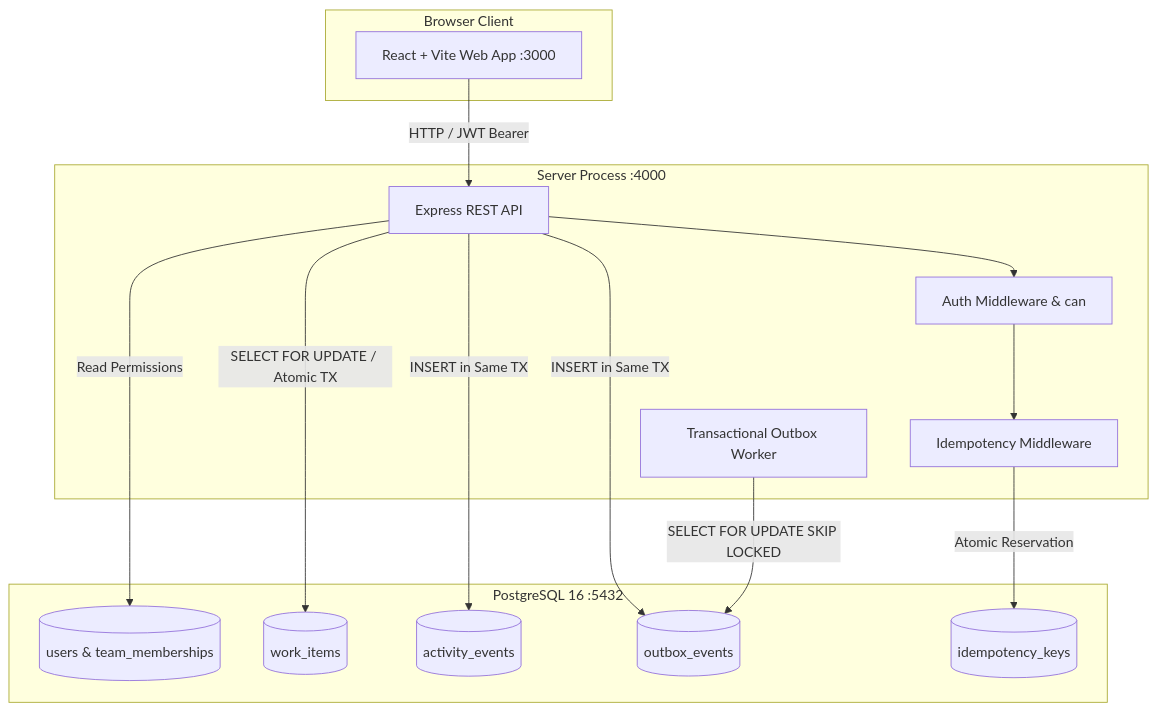
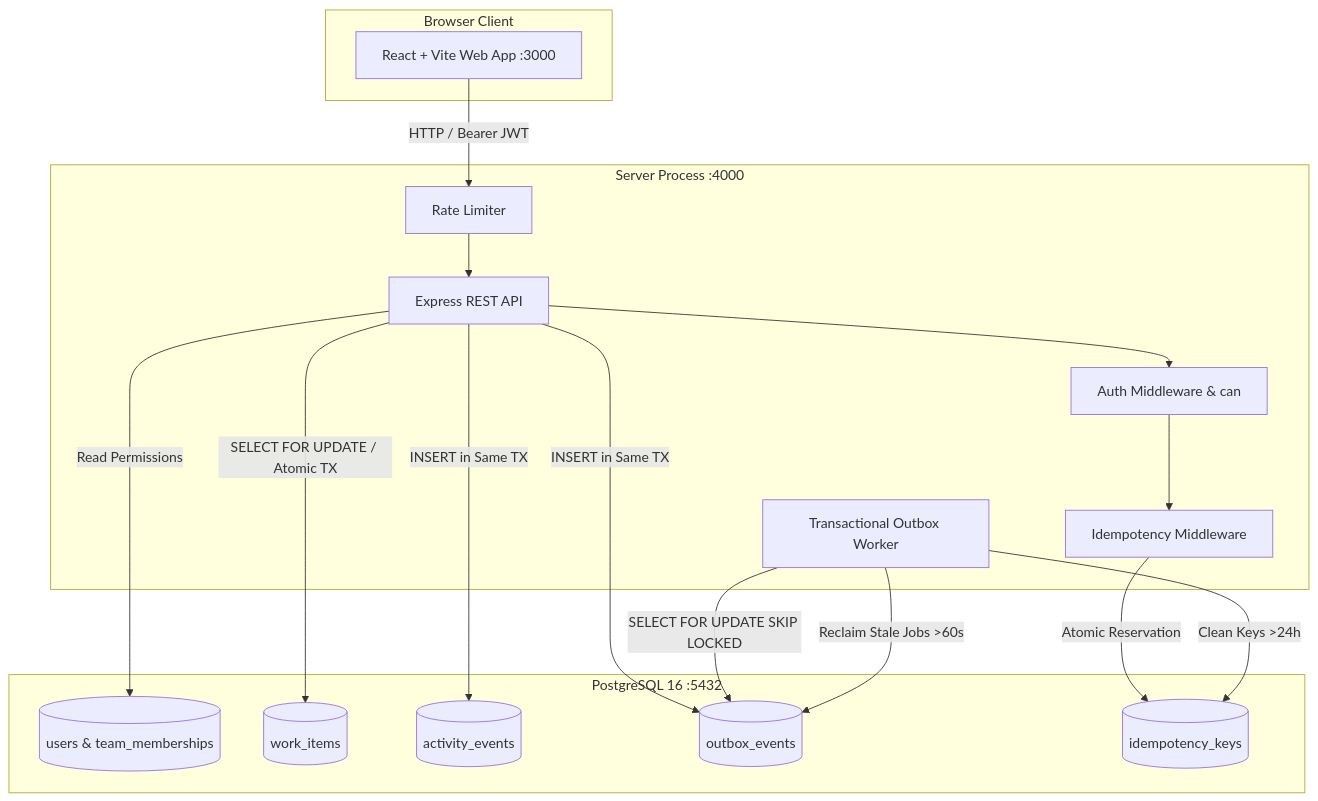
One commit to namantiwari26/newtonite-ops-23131011348 changed the first of 2 diagrams in README.md. Above: the diagram before and after it, drawn with Mermaid. The commit also changed other lines of this file and 7 other files, not shown here.

````diff
--- a/README.md
+++ b/README.md
@@ -108,31 +154,35 @@
 ```mermaid
 graph TD
     subgraph Client [Browser Client]
         UI[React + Vite Web App :3000]
     end
 
     subgraph Backend [Server Process :4000]
         API[Express REST API]
         Auth[Auth Middleware & can]
         Idem[Idempotency Middleware]
+        RateLimit[Rate Limiter]
         OutboxWorker[Transactional Outbox Worker]
     end
 
     subgraph Database [PostgreSQL 16 :5432]
         Users[(users & team_memberships)]
         Items[(work_items)]
         Events[(activity_events)]
         Outbox[(outbox_events)]
         IdemKeys[(idempotency_keys)]
     end
 
-    UI -->|HTTP / JWT Bearer| API
+    UI -->|HTTP / Bearer JWT| RateLimit
+    RateLimit --> API
     API --> Auth
     Auth --> Idem
     Idem -->|Atomic Reservation| IdemKeys
     API -->|SELECT FOR UPDATE / Atomic TX| Items
     API -->|INSERT in Same TX| Events
     API -->|INSERT in Same TX| Outbox
     API -->|Read Permissions| Users
     OutboxWorker -->|SELECT FOR UPDATE SKIP LOCKED| Outbox
+    OutboxWorker -->|Reclaim Stale Jobs >60s| Outbox
+    OutboxWorker -->|Clean Keys >24h| IdemKeys
 ```
````
